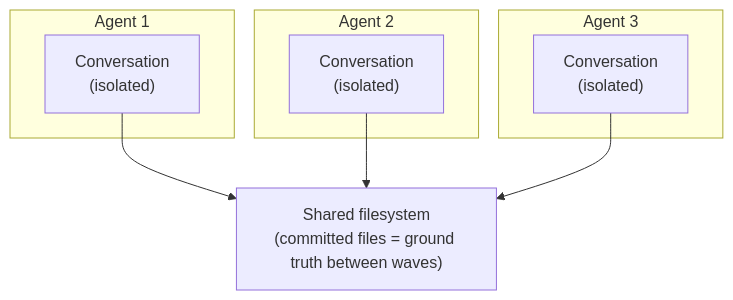
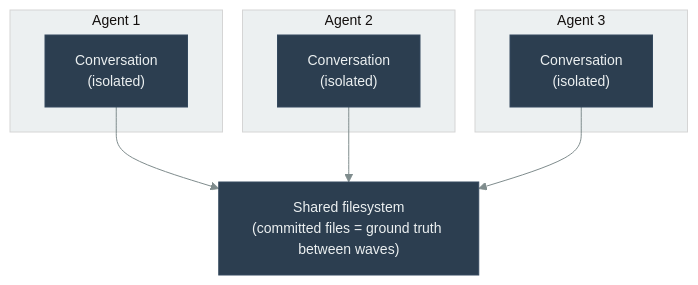
The sixth of 7 diagrams in handbook/ch12-multi-agent-orchestration.qmd (danielmeppiel/agentic-sdlc-handbook), drawn with Mermaid before and after one commit. The commit also changed other lines of this file and 20 other files, not shown here.

First line of the commit message:
feat: add accessibility metadata and consistent theme to all 35 diagrams

````diff
--- a/handbook/ch12-multi-agent-orchestration.qmd
+++ b/handbook/ch12-multi-agent-orchestration.qmd
@@ -383,17 +411,21 @@
 ```{mermaid}
 %%| fig-width: 4.5
+%%| fig-cap: "Session isolation: agents share filesystem, not conversation state"
+%%| fig-alt: "Flowchart showing three agents, each in its own isolated subgraph: Agent 1 with its own isolated Conversation, Agent 2 with its own isolated Conversation, and Agent 3 with its own isolated Conversation. All three agents connect downward to a single shared Shared filesystem node labeled committed files equals ground truth between waves. Agents do not connect to each other, only to the shared filesystem."
+%%| label: fig-session-isolation
+%%{init: {'theme': 'base', 'themeVariables': {'primaryColor': '#2c3e50', 'primaryTextColor': '#ecf0f1', 'primaryBorderColor': '#34495e', 'lineColor': '#7f8c8d', 'secondaryColor': '#3498db', 'tertiaryColor': '#ecf0f1', 'fontSize': '14px'}}}%%
 flowchart TD
     subgraph A1["Agent 1"]
         C1["Conversation<br/>(isolated)"]
     end
     subgraph A2["Agent 2"]
         C2["Conversation<br/>(isolated)"]
     end
     subgraph A3["Agent 3"]
         C3["Conversation<br/>(isolated)"]
     end
     FS["Shared filesystem<br/>(committed files = ground truth between waves)"]
     C1 --> FS
     C2 --> FS
     C3 --> FS
 ```
````
